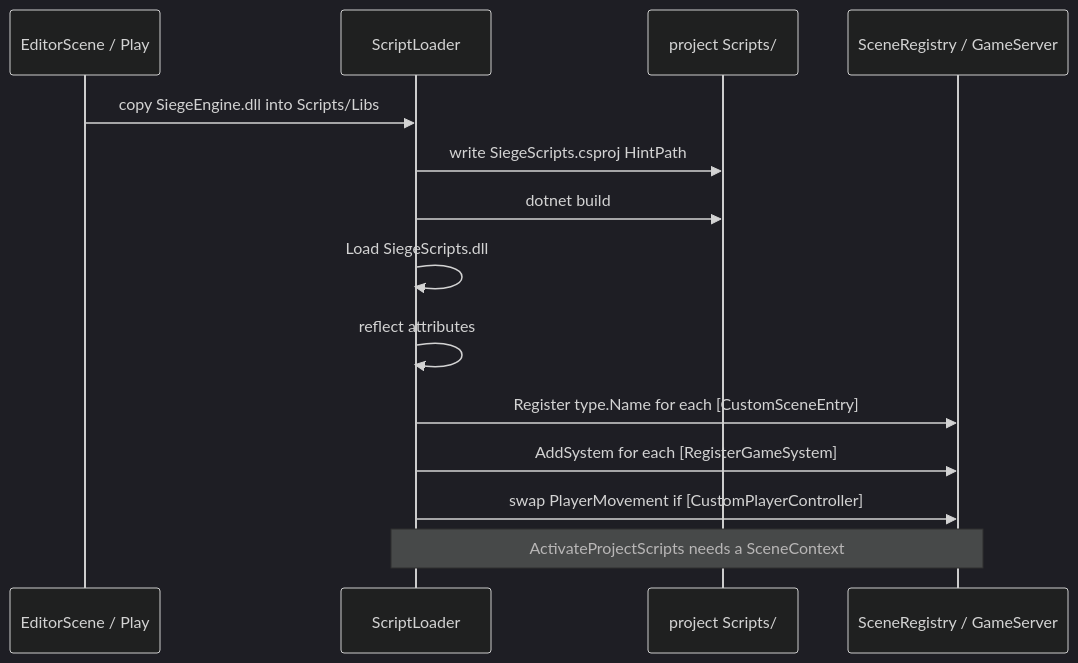
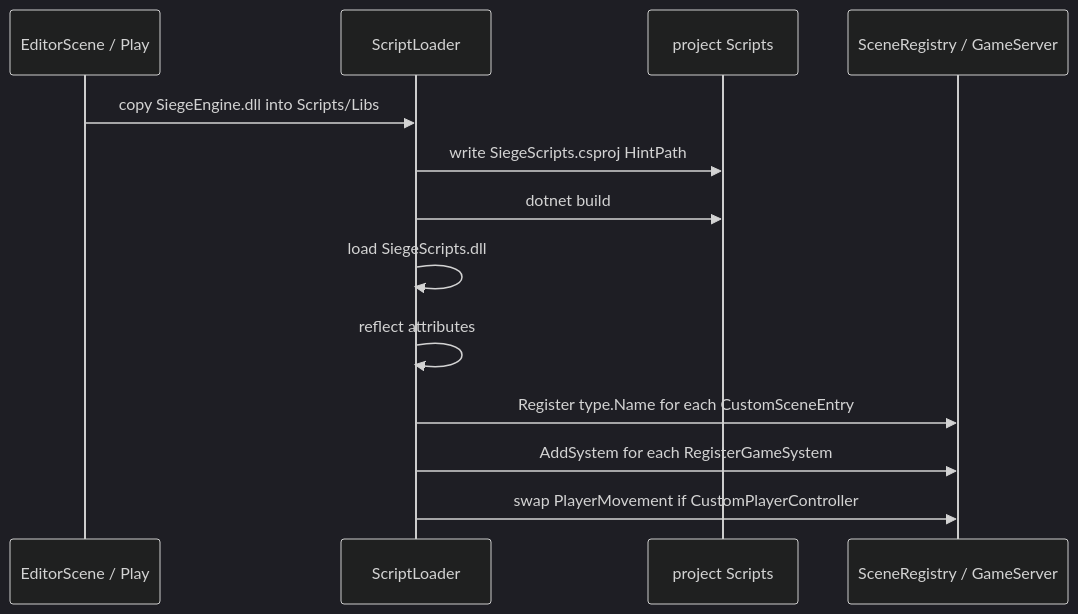
One commit to ireakhavok/Castle changed the fourth of 6 diagrams in docs/SCENES_AND_PROJECTS.md. Above: the diagram before and after it, drawn with Mermaid. The commit also changed other lines of this file and 6 other files, not shown here.

````diff
--- a/docs/SCENES_AND_PROJECTS.md
+++ b/docs/SCENES_AND_PROJECTS.md
@@ -87,18 +85,17 @@
 ```mermaid
 %%{init: {'theme':'dark'}}%%
 sequenceDiagram
   participant IDE as EditorScene / Play
   participant SL as ScriptLoader
-  participant CS as project Scripts/
+  participant CS as project Scripts
   participant REG as SceneRegistry / GameServer
 
   IDE->>SL: copy SiegeEngine.dll into Scripts/Libs
   SL->>CS: write SiegeScripts.csproj HintPath
   SL->>CS: dotnet build
-  SL->>SL: Load SiegeScripts.dll
+  SL->>SL: load SiegeScripts.dll
   SL->>SL: reflect attributes
-  SL->>REG: Register type.Name for each [CustomSceneEntry]
-  SL->>REG: AddSystem for each [RegisterGameSystem]
-  SL->>REG: swap PlayerMovement if [CustomPlayerController]
-  Note over SL,REG: ActivateProjectScripts needs a SceneContext
+  SL->>REG: Register type.Name for each CustomSceneEntry
+  SL->>REG: AddSystem for each RegisterGameSystem
+  SL->>REG: swap PlayerMovement if CustomPlayerController
 ```
````
